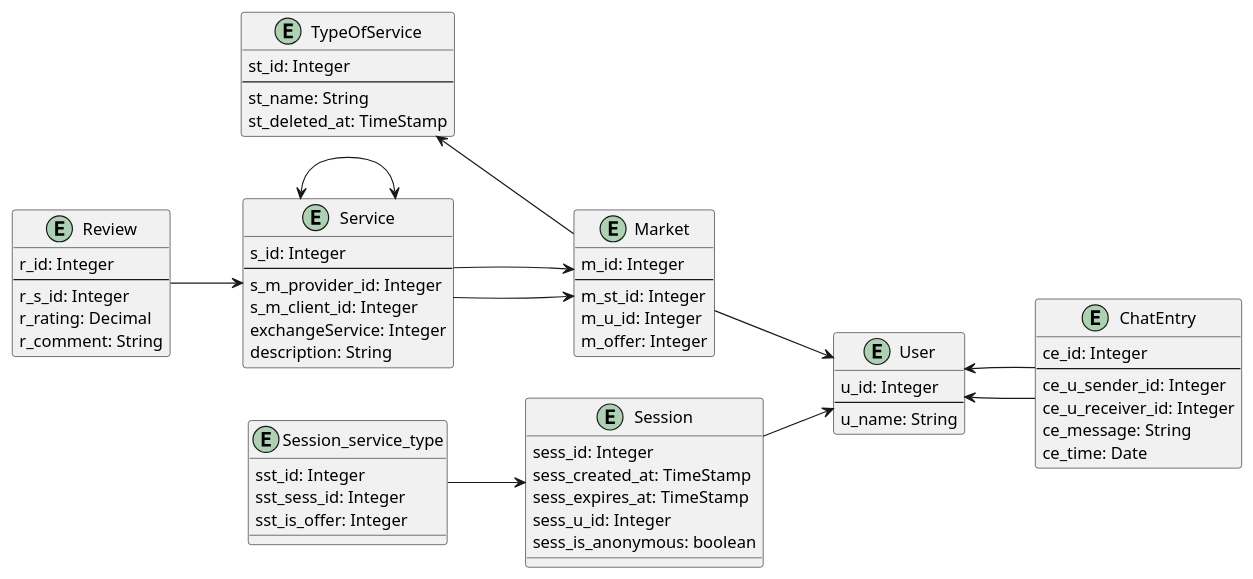
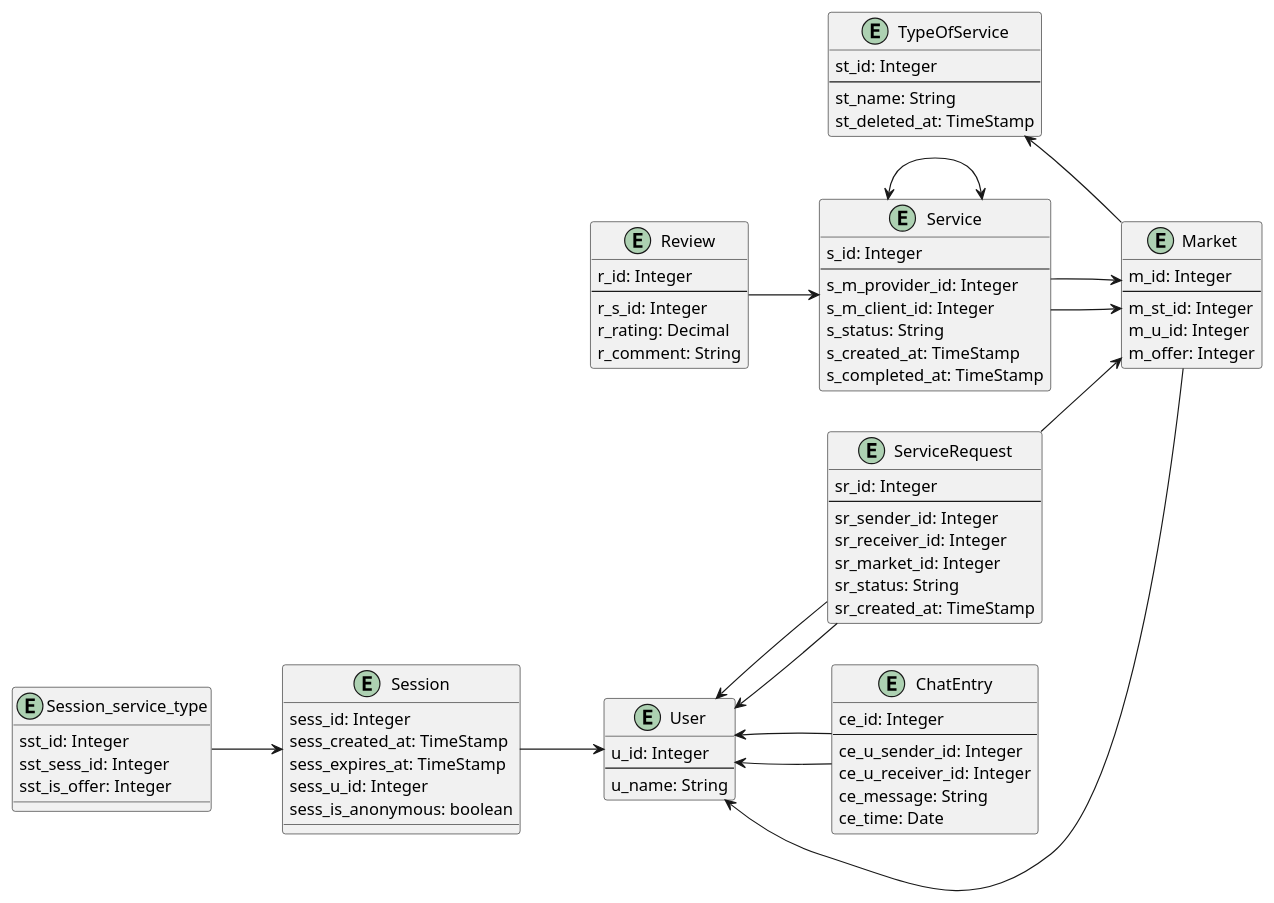
The third of 3 diagrams in documenation/Project_Description.adoc (2425-4chif-syp/01-projekte-d4d), drawn with PlantUML before and after one commit. The commit also changed other lines of this file and 1 other file, not shown here.

Commit message:
docs: correcting the erd

```diff
--- a/documenation/Project_Description.adoc
+++ b/documenation/Project_Description.adoc
@@ -150,8 +157,19 @@
 --
 s_m_provider_id: Integer
 s_m_client_id: Integer
-exchangeService: Integer
-description: String
+s_status: String
+s_created_at: TimeStamp
+s_completed_at: TimeStamp
+}
+
+entity "ServiceRequest" as ServiceRequest {
+sr_id: Integer
+--
+sr_sender_id: Integer
+sr_receiver_id: Integer
+sr_market_id: Integer
+sr_status: String
+sr_created_at: TimeStamp
 }
 
 entity "Market" as Market {
@@ -194,8 +212,11 @@
 }
 
 User <-- ChatEntry
+User <-- ServiceRequest
 Review --> Service
 ChatEntry --> User
+ServiceRequest --> User
+ServiceRequest --> Market
 TypeOfService <-- Market
 Service --> Market
 Service --> Market
```
